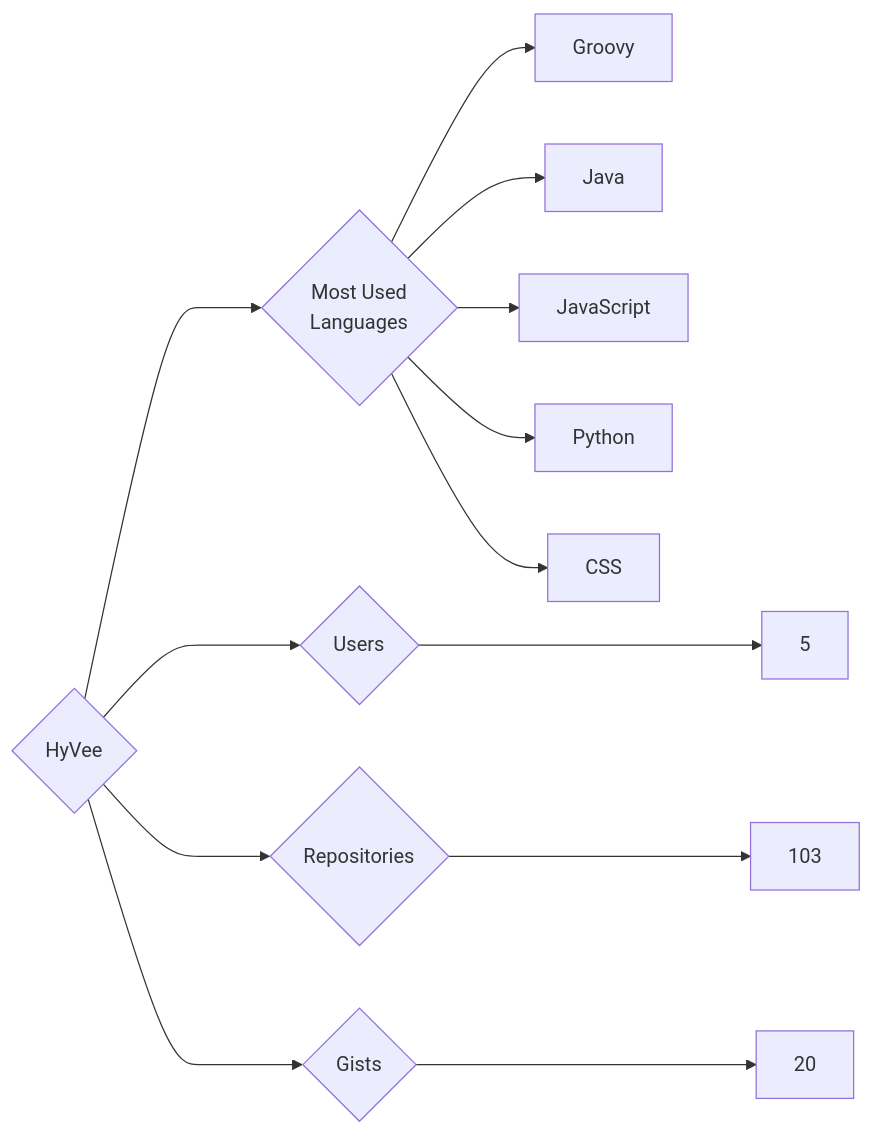
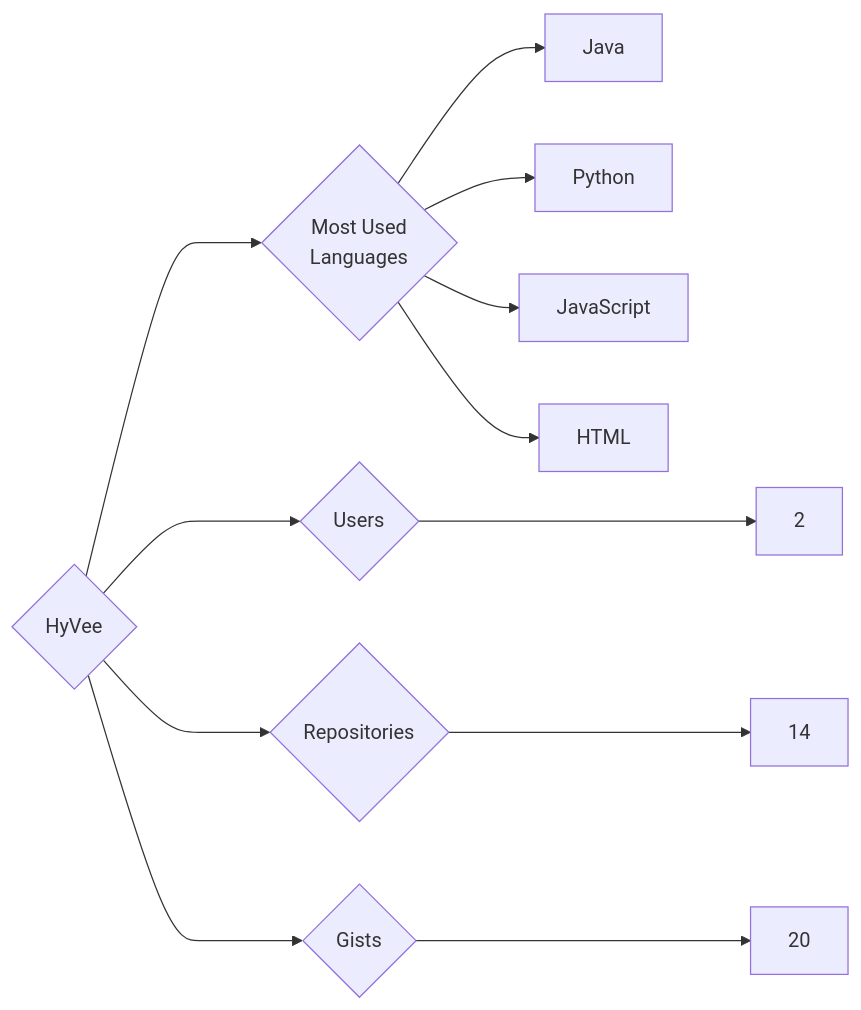
One commit to trickest/insiders changed the diagram in targets/HyVee/README.md. Above: the diagram before and after it, drawn with Mermaid. The commit also changed 988 other files, not shown here.

````diff
--- a/targets/HyVee/README.md
+++ b/targets/HyVee/README.md
@@ -3,13 +3,12 @@
 ```mermaid
 graph LR
 COMPANY_NAME{HyVee}
-COMPANY_NAME ---> U{Users} ---> UN[5]
-COMPANY_NAME ---> R{Repositories} ---> RN[103]
+COMPANY_NAME ---> U{Users} ---> UN[2]
+COMPANY_NAME ---> R{Repositories} ---> RN[14]
 COMPANY_NAME ---> G{Gists} ---> GN[20]
 COMPANY_NAME ---> ML{Most Used<br>Languages}
-ML --> Groovy[Groovy]
 ML --> Java[Java]
+ML --> Python[Python]
 ML --> JavaScript[JavaScript]
-ML --> Python[Python]
-ML --> CSS[CSS]
+ML --> HTML[HTML]
 ```
````
